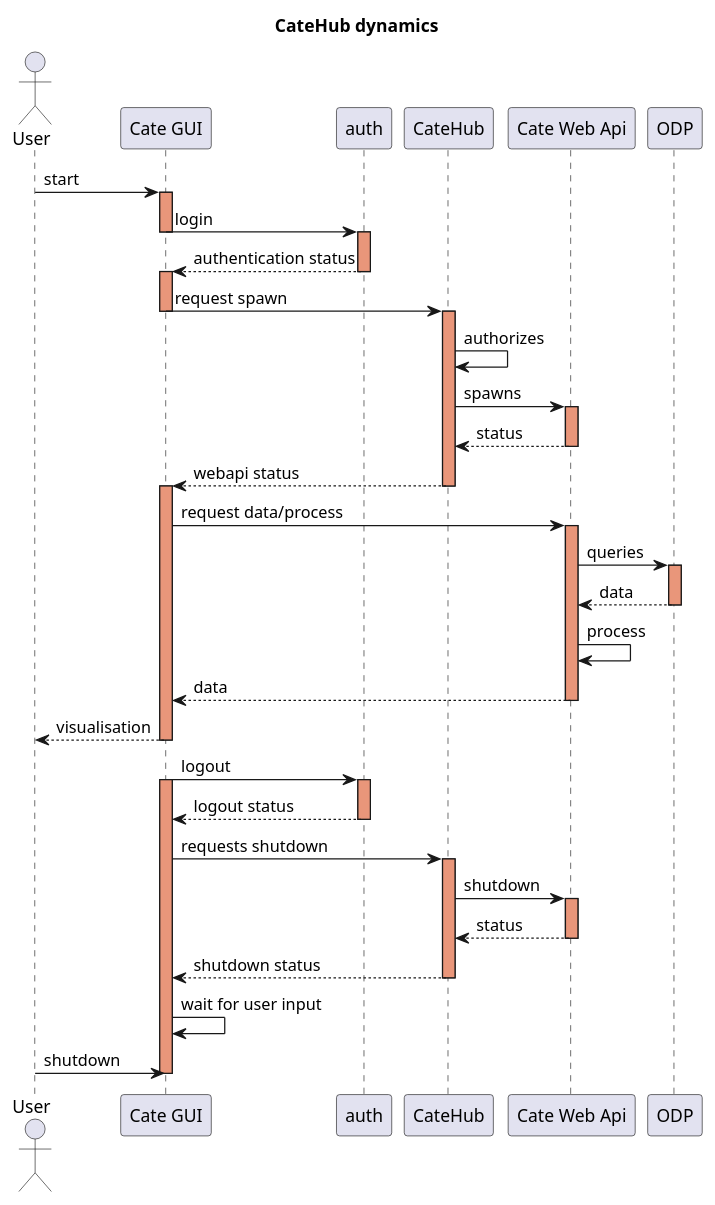
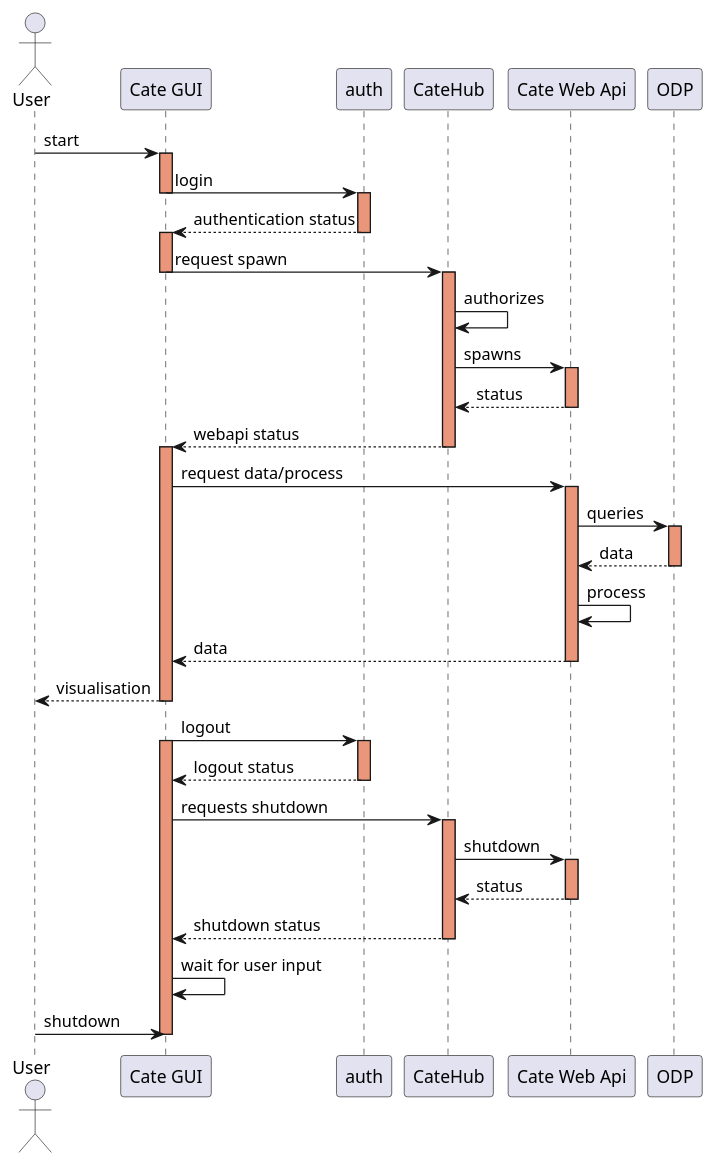
Before and after one commit to CCI-Tools/cate: the diagram in docs/source/uml/catehub.puml, drawn with PlantUML. The commit also changed 2 other files, not shown here.

Commit message:
Added a catehub UML diagram and some test to describe it

```diff
--- a/docs/source/uml/catehub.puml
+++ b/docs/source/uml/catehub.puml
@@ -1,69 +1,67 @@
 @startuml
-
-title CateHub dynamics
 
 actor User
 
 User -> "Cate GUI": start
 activate "Cate GUI" #DarkSalmon
 
 "Cate GUI" -> auth: login
 deactivate "Cate GUI"
 activate auth #DarkSalmon
 
 auth --> "Cate GUI": authentication status
 deactivate auth
 activate "Cate GUI" #DarkSalmon
 
 "Cate GUI" -> CateHub: request spawn
 deactivate "Cate GUI"
 activate CateHub #DarkSalmon
 
 CateHub -> CateHub: authorizes
 
 CateHub -> "Cate Web Api": spawns
 activate "Cate Web Api" #DarkSalmon
 
 "Cate Web Api" --> CateHub: status
 deactivate "Cate Web Api"
 CateHub --> "Cate GUI": webapi status
 deactivate CateHub
 
 activate "Cate GUI" #DarkSalmon
 
 "Cate GUI" -> "Cate Web Api": request data/process
 activate "Cate Web Api" #DarkSalmon
 "Cate Web Api" -> ODP: queries
 activate ODP #DarkSalmon
 
 ODP --> "Cate Web Api": data
 deactivate ODP
 
 "Cate Web Api" -> "Cate Web Api": process
 "Cate Web Api" --> "Cate GUI": data
 deactivate "Cate Web Api"
 "Cate GUI" --> User: visualisation
 deactivate "Cate GUI"
 
 "Cate GUI" -> auth: logout
 activate "Cate GUI" #DarkSalmon
 activate auth #DarkSalmon
 auth --> "Cate GUI": logout status
 deactivate auth
 
 "Cate GUI" -> CateHub: requests shutdown
 activate CateHub #DarkSalmon
 CateHub -> "Cate Web Api": shutdown
 activate "Cate Web Api" #DarkSalmon
 "Cate Web Api" --> CateHub: status
 deactivate "Cate Web Api"
 
 CateHub --> "Cate GUI": shutdown status
 deactivate CateHub
 
 "Cate GUI" -> "Cate GUI": wait for user input
 
 User -> "Cate GUI": shutdown
 deactivate "Cate GUI"
 
 @enduml
```
